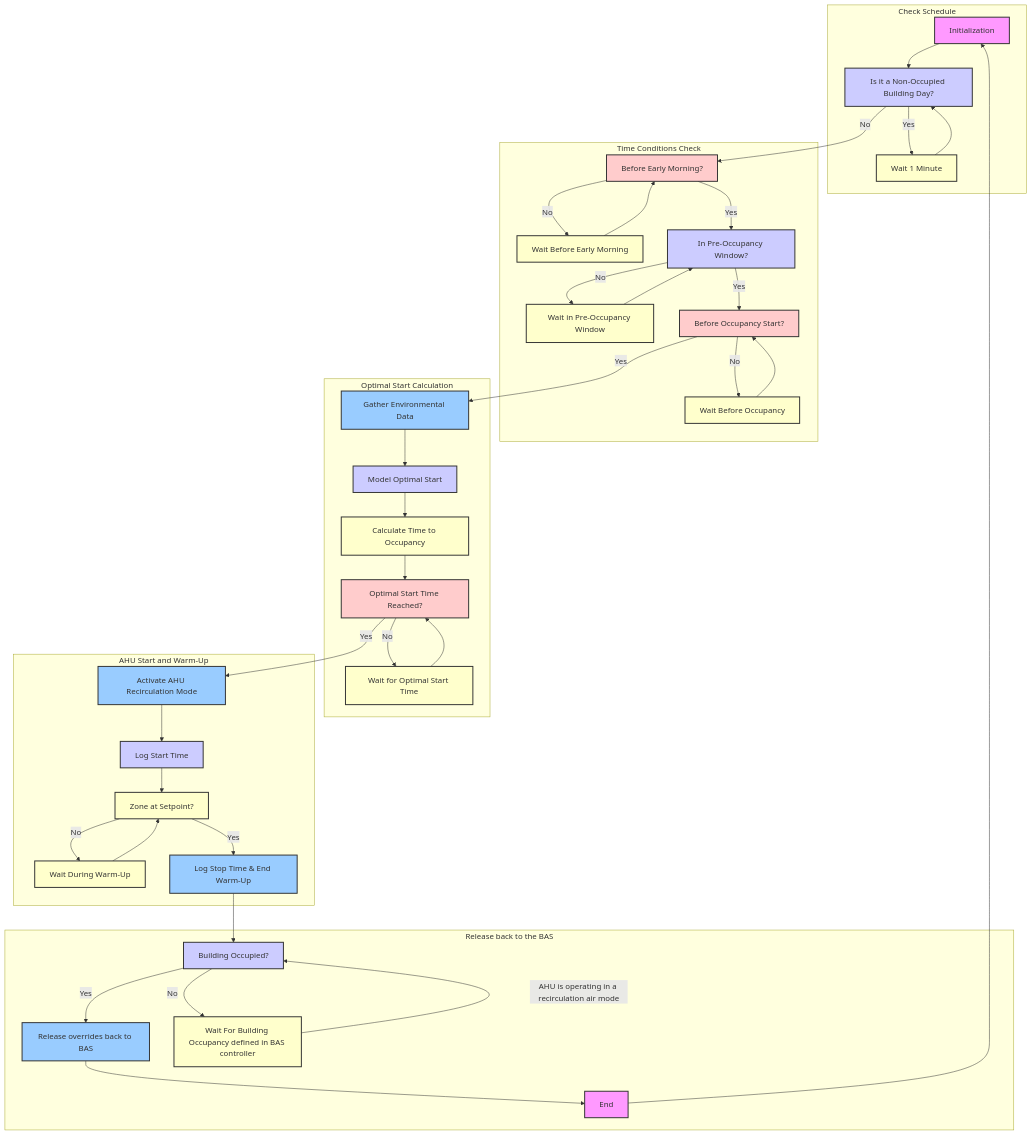
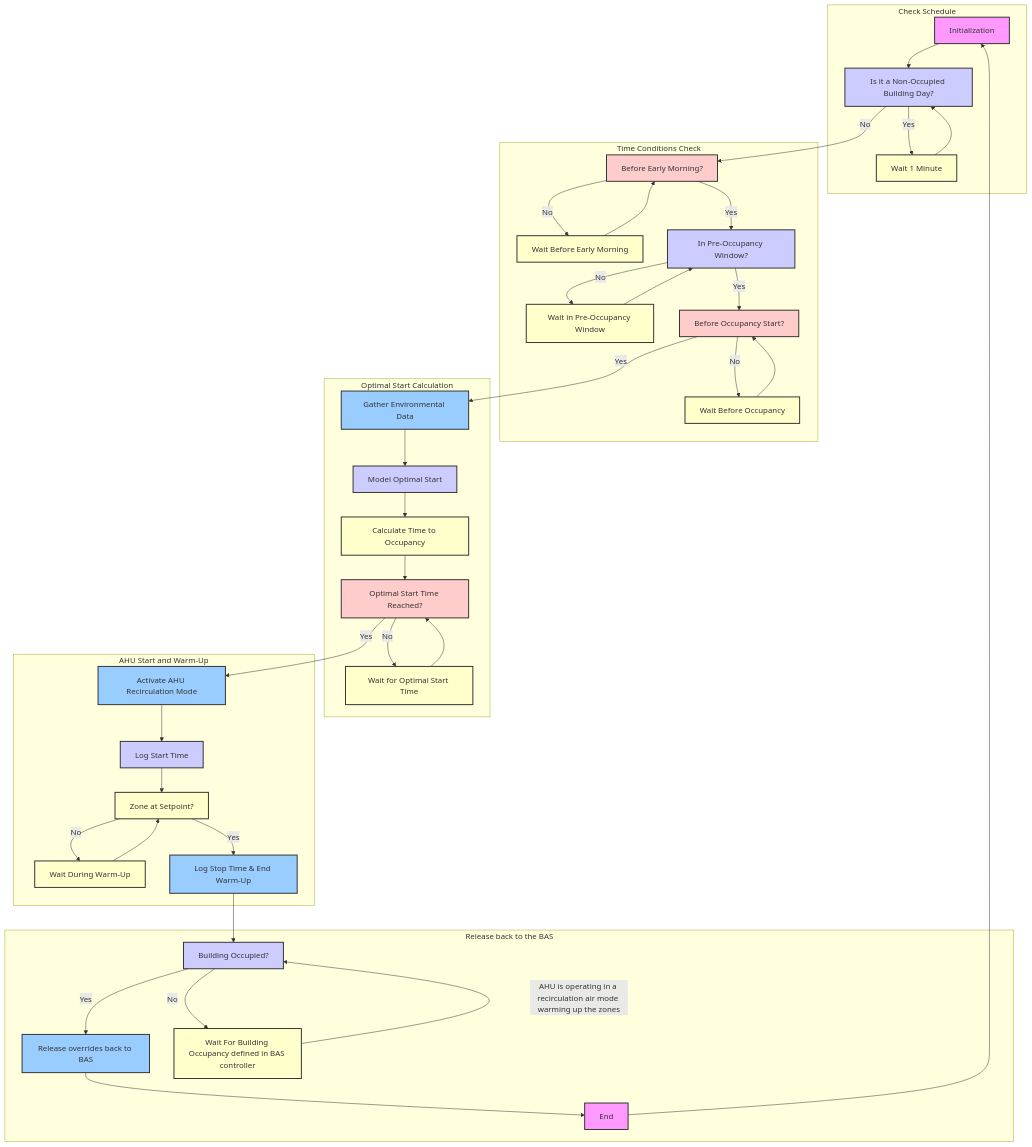
One commit to bbartling/OptimalStartStopHvac changed the diagram in OptimalStartStop/README.md. Above: the diagram before and after it, drawn with Mermaid. The commit also changed 2 other files, not shown here.

Commit message:
add Java to git ignore

````diff
--- a/OptimalStartStop/README.md
+++ b/OptimalStartStop/README.md
@@ -10,83 +10,83 @@
 ```mermaid
 graph TD
 
 %% Check Schedule Subgraph
 subgraph CheckSchedule["Check Schedule"]
     Initialization[Initialization] --> NonWorkingDayCheck["Is it a Non-Occupied Building Day?"]
     NonWorkingDayCheck -->|Yes| WaitNonWorking["Wait 1 Minute"]
     WaitNonWorking --> NonWorkingDayCheck
 end
 
 %% Time Conditions Check Subgraph
 subgraph TimeConditionsCheck["Time Conditions Check"]
     NonWorkingDayCheck -->|No| BeforeEarlyMorningCheck["Before Early Morning?"]
     BeforeEarlyMorningCheck -->|No| WaitBeforeEarlyMorning["Wait Before Early Morning"]
     WaitBeforeEarlyMorning --> BeforeEarlyMorningCheck
 
     BeforeEarlyMorningCheck -->|Yes| PreOccupancyWindowCheck["In Pre-Occupancy Window?"]
     PreOccupancyWindowCheck -->|No| WaitPreOccupancyWindow["Wait in Pre-Occupancy Window"]
     WaitPreOccupancyWindow --> PreOccupancyWindowCheck
 
     PreOccupancyWindowCheck -->|Yes| BeforeOccupancyStartCheck["Before Occupancy Start?"]
     BeforeOccupancyStartCheck -->|No| WaitBeforeOccupancy["Wait Before Occupancy"]
     WaitBeforeOccupancy --> BeforeOccupancyStartCheck
 end
 
 %% Optimal Start Calculation Subgraph
 subgraph OptimalStartCalculation["Optimal Start Calculation"]
     BeforeOccupancyStartCheck -->|Yes| GatherEnvironmentalData["Gather Environmental Data"]
     GatherEnvironmentalData --> ModelOptimalStart["Model Optimal Start"]
     ModelOptimalStart --> CalculateTimeToOccupancy["Calculate Time to Occupancy"]
     CalculateTimeToOccupancy --> OptimalStartTimeReachedCheck["Optimal Start Time Reached?"]
     OptimalStartTimeReachedCheck -->|No| WaitOptimalStartTime["Wait for Optimal Start Time"]
     WaitOptimalStartTime --> OptimalStartTimeReachedCheck
 end
 
 %% AHU Start and Warm-Up Subgraph
 subgraph AHUStartAndWarmUp["AHU Start and Warm-Up"]
     OptimalStartTimeReachedCheck -->|Yes| ActivateAHURecirculation["Activate AHU Recirculation Mode"]
     ActivateAHURecirculation --> LogStartTime["Log Start Time"]
     LogStartTime --> ZoneAtSetpointCheck["Zone at Setpoint?"]
     ZoneAtSetpointCheck -->|No| WaitDuringWarmUp["Wait During Warm-Up"]
     ZoneAtSetpointCheck -->|Yes| LogStopTimeAndEndWarmUp["Log Stop Time & End Warm-Up"]
     WaitDuringWarmUp --> ZoneAtSetpointCheck
 end
 
 %% Control Handoff Subgraph
 subgraph ControlHandoff["Release back to the BAS"]
     LogStopTimeAndEndWarmUp --> BuildingOccupiedCheck["Building Occupied?"]
     BuildingOccupiedCheck -->|Yes| HandoffToBAS["Release overrides back to BAS"]
     BuildingOccupiedCheck -->|No| WaitPostOccupancy["Wait For Building Occupancy defined in BAS controller"]
-    WaitPostOccupancy -->|AHU is operating in a recirculation air mode| BuildingOccupiedCheck
+    WaitPostOccupancy -->|AHU is operating in a recirculation air mode warming up the zones| BuildingOccupiedCheck
     HandoffToBAS --> End[End]
 end
 
 %% Loopback
 End --> Initialization
 
 %% Styles for Highlighting
 style Initialization fill:#f9f,stroke:#333,stroke-width:2px
 style NonWorkingDayCheck fill:#ccf,stroke:#333,stroke-width:2px
 style WaitNonWorking fill:#ffc,stroke:#333,stroke-width:2px
 style BeforeEarlyMorningCheck fill:#fcc,stroke:#333,stroke-width:2px
 style WaitBeforeEarlyMorning fill:#ffc,stroke:#333,stroke-width:2px
 style PreOccupancyWindowCheck fill:#ccf,stroke:#333,stroke-width:2px
 style WaitPreOccupancyWindow fill:#ffc,stroke:#333,stroke-width:2px
 style BeforeOccupancyStartCheck fill:#fcc,stroke:#333,stroke-width:2px
 style WaitBeforeOccupancy fill:#ffc,stroke:#333,stroke-width:2px
 style GatherEnvironmentalData fill:#9cf,stroke:#333,stroke-width:2px
 style ModelOptimalStart fill:#ccf,stroke:#333,stroke-width:2px
 style CalculateTimeToOccupancy fill:#ffc,stroke:#333,stroke-width:2px
 style OptimalStartTimeReachedCheck fill:#fcc,stroke:#333,stroke-width:2px
 style WaitOptimalStartTime fill:#ffc,stroke:#333,stroke-width:2px
 style ActivateAHURecirculation fill:#9cf,stroke:#333,stroke-width:2px
 style LogStartTime fill:#ccf,stroke:#333,stroke-width:2px
 style ZoneAtSetpointCheck fill:#ffc,stroke:#333,stroke-width:2px
 style WaitDuringWarmUp fill:#ffc,stroke:#333,stroke-width:2px
 style LogStopTimeAndEndWarmUp fill:#9cf,stroke:#333,stroke-width:2px
 style BuildingOccupiedCheck fill:#ccf,stroke:#333,stroke-width:2px
 style WaitPostOccupancy fill:#ffc,stroke:#333,stroke-width:2px
 style HandoffToBAS fill:#9cf,stroke:#333,stroke-width:2px
 style End fill:#f9f,stroke:#333,stroke-width:2px
 
 ```
````
